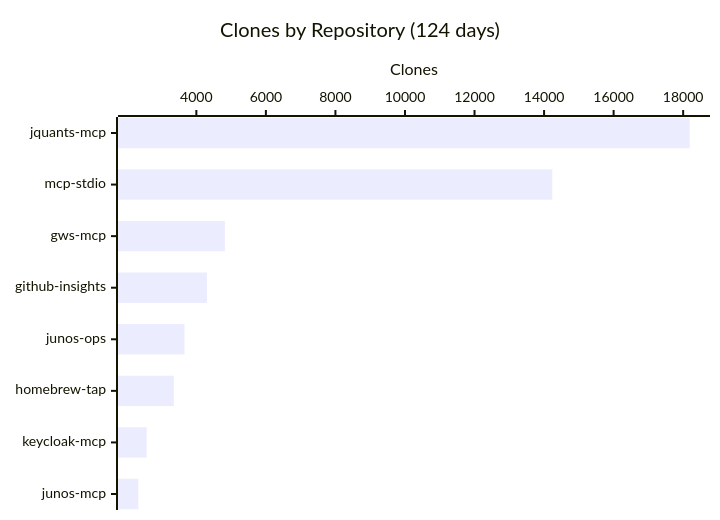
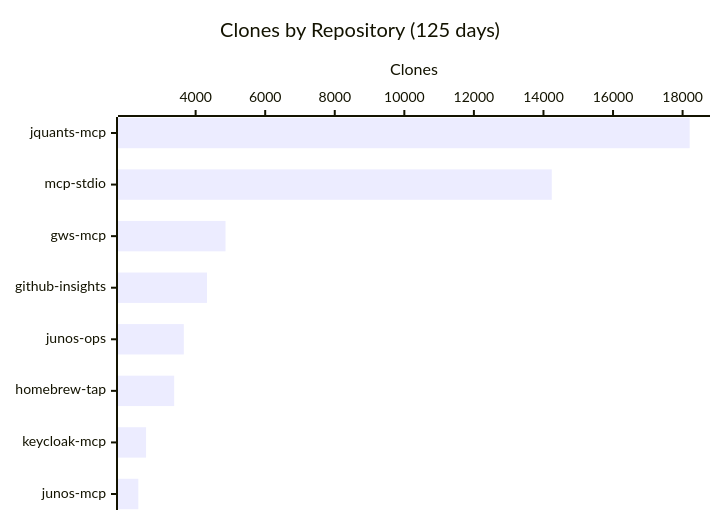
The fourth of 4 diagrams in README.md (shigechika/github-insights), drawn with Mermaid before and after one commit. The commit also changed other lines of this file and 2 other files, not shown here.

````diff
--- a/README.md
+++ b/README.md
@@ -58,7 +58,7 @@
 ```mermaid
 xychart-beta horizontal
-    title "Clones by Repository (124 days)"
+    title "Clones by Repository (125 days)"
     x-axis ["jquants-mcp", "mcp-stdio", "gws-mcp", "github-insights", "junos-ops", "homebrew-tap", "keycloak-mcp", "junos-mcp"]
     y-axis "Clones"
-    bar [18188, 14236, 4821, 4304, 3658, 3352, 2572, 2331]
+    bar [18204, 14239, 4860, 4326, 3660, 3383, 2575, 2352]
 ```
````
